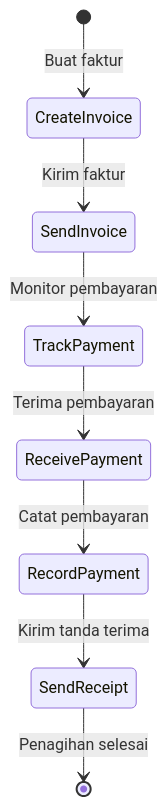
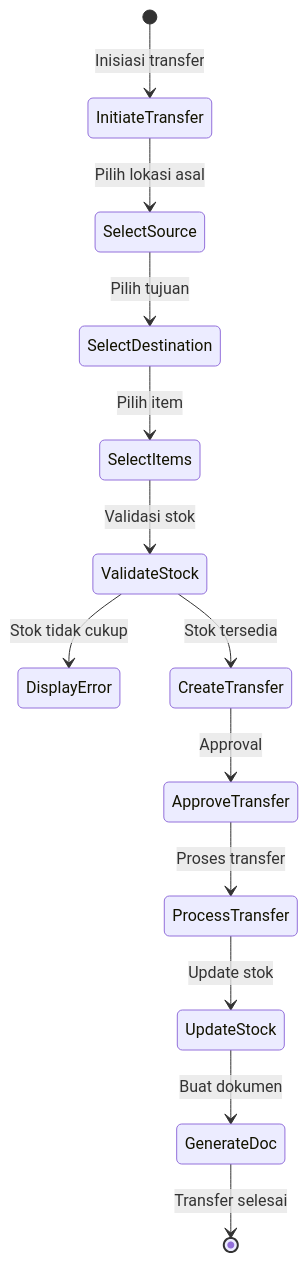
The ninth of 15 diagrams in documents/activity-diagrams.md (mrfansi/DearPOS), drawn with Mermaid before and after one commit. The commit also changed other lines of this file and 3 other files, not shown here.

````diff
--- a/documents/activity-diagrams.md
+++ b/documents/activity-diagrams.md
@@ -183,10 +149,15 @@
 ```mermaid
 stateDiagram-v2
-    [*] --> CreateInvoice: Buat faktur
-    CreateInvoice --> SendInvoice: Kirim faktur
-    SendInvoice --> TrackPayment: Monitor pembayaran
-    TrackPayment --> ReceivePayment: Terima pembayaran
-    ReceivePayment --> RecordPayment: Catat pembayaran
-    RecordPayment --> SendReceipt: Kirim tanda terima
-    SendReceipt --> [*]: Penagihan selesai
+    [*] --> InitiateTransfer: Inisiasi transfer
+    InitiateTransfer --> SelectSource: Pilih lokasi asal
+    SelectSource --> SelectDestination: Pilih tujuan
+    SelectDestination --> SelectItems: Pilih item
+    SelectItems --> ValidateStock: Validasi stok
+    ValidateStock --> DisplayError: Stok tidak cukup
+    ValidateStock --> CreateTransfer: Stok tersedia
+    CreateTransfer --> ApproveTransfer: Approval
+    ApproveTransfer --> ProcessTransfer: Proses transfer
+    ProcessTransfer --> UpdateStock: Update stok
+    UpdateStock --> GenerateDoc: Buat dokumen
+    GenerateDoc --> [*]: Transfer selesai
 ```
````
